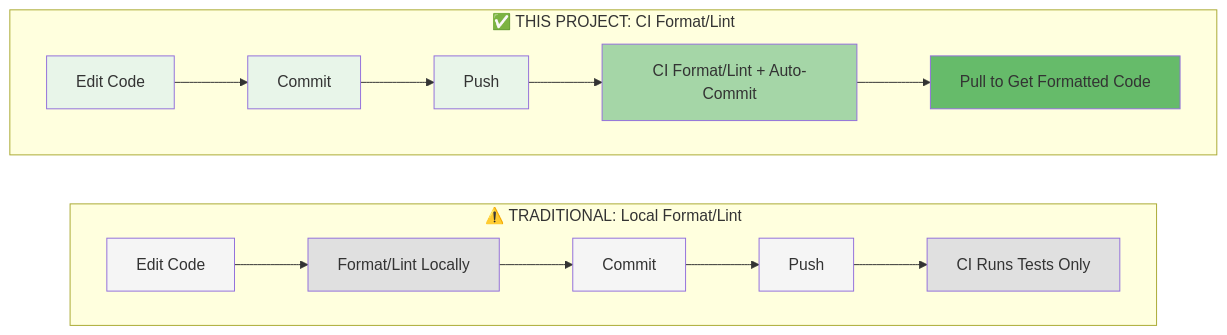
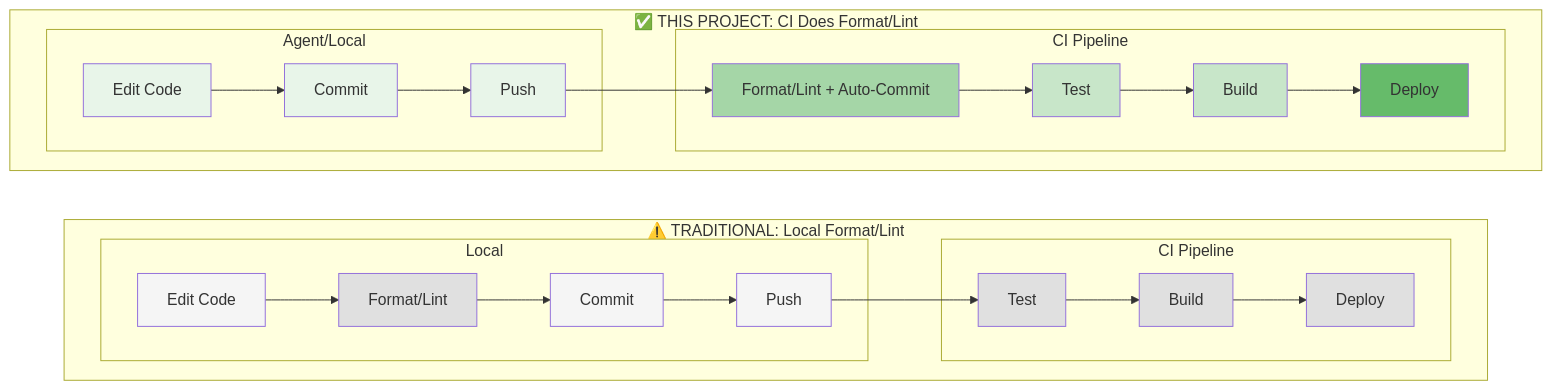
Before and after one commit to borealBytes/startup-blueprint: the first of 6 diagrams in .github/CI_CD_GUIDE.md, drawn with Mermaid.

Commit message:
docs(ci): show complete workflow including test/build/deploy steps
Add nested subgraphs to separate local/agent vs CI contexts.
Show full pipeline: format/lint, test, build, deploy.
Make WHERE each step happens crystal clear.

````diff
--- a/.github/CI_CD_GUIDE.md
+++ b/.github/CI_CD_GUIDE.md
@@ -11,30 +11,58 @@
 ```mermaid
-graph TD
-    subgraph new ["✅ THIS PROJECT: CI Format/Lint"]
-        B1[Edit Code] --> B2[Commit]
-        B2 --> B3[Push]
-        B3 --> B4[CI Format/Lint + Auto-Commit]
-        B4 --> B5[Pull to Get Formatted Code]
+flowchart TB
+    subgraph new ["✅ THIS PROJECT: CI Does Format/Lint"]
+        subgraph agent ["Agent/Local"]
+            B1[Edit Code]
+            B2[Commit]
+            B3[Push]
+            B1 --> B2 --> B3
+        end
+        
+        subgraph ci_new ["CI Pipeline"]
+            B4[Format/Lint + Auto-Commit]
+            B5[Test]
+            B6[Build]
+            B7[Deploy]
+            B4 --> B5 --> B6 --> B7
+        end
+        
+        B3 --> B4
     end
 
     subgraph old ["⚠️ TRADITIONAL: Local Format/Lint"]
-        A1[Edit Code] --> A2[Format/Lint Locally]
-        A2 --> A3[Commit]
-        A3 --> A4[Push]
-        A4 --> A5[CI Runs Tests Only]
+        subgraph local ["Local"]
+            A1[Edit Code]
+            A2[Format/Lint]
+            A3[Commit]
+            A4[Push]
+            A1 --> A2 --> A3 --> A4
+        end
+        
+        subgraph ci_old ["CI Pipeline"]
+            A5[Test]
+            A6[Build]
+            A7[Deploy]
+            A5 --> A6 --> A7
+        end
+        
+        A4 --> A5
     end
 
     new ~~~ old
 
     style B1 fill:#e8f5e9
     style B2 fill:#e8f5e9
     style B3 fill:#e8f5e9
     style B4 fill:#a5d6a7
-    style B5 fill:#66bb6a
-
+    style B5 fill:#c8e6c9
+    style B6 fill:#c8e6c9
+    style B7 fill:#66bb6a
+    
     style A1 fill:#f5f5f5
     style A2 fill:#e0e0e0
     style A3 fill:#f5f5f5
     style A4 fill:#f5f5f5
     style A5 fill:#e0e0e0
+    style A6 fill:#e0e0e0
+    style A7 fill:#e0e0e0
 ```
````
